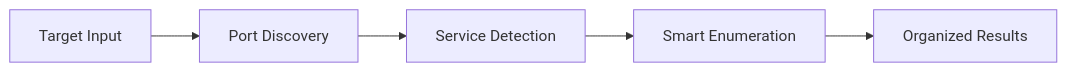
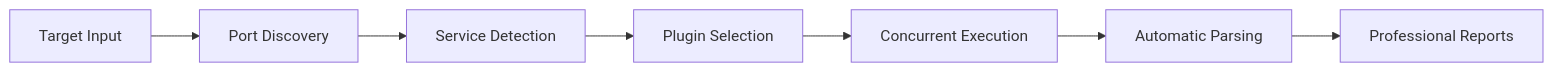
Before and after one commit to neur0map/ipcrawler: the second of 2 diagrams in README.md, drawn with Mermaid. The commit also changed other lines of this file, not shown here.

````diff
--- a/README.md
+++ b/README.md
@@ -71,7 +122,9 @@
 ```mermaid
 graph LR
     A[Target Input] --> B[Port Discovery]
     B --> C[Service Detection]
-    C --> D[Smart Enumeration]
-    D --> E[Organized Results]
+    C --> D[Plugin Selection]
+    D --> E[Concurrent Execution]
+    E --> F[Automatic Parsing]
+    F --> G[Professional Reports]
 ```
````
